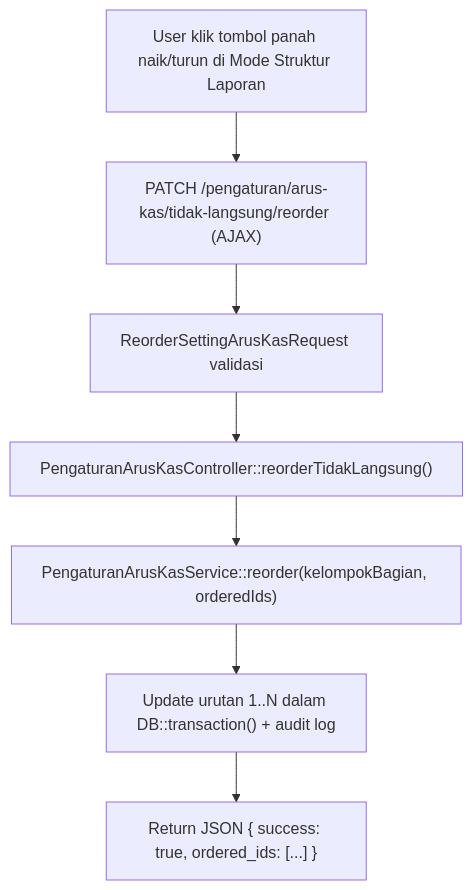
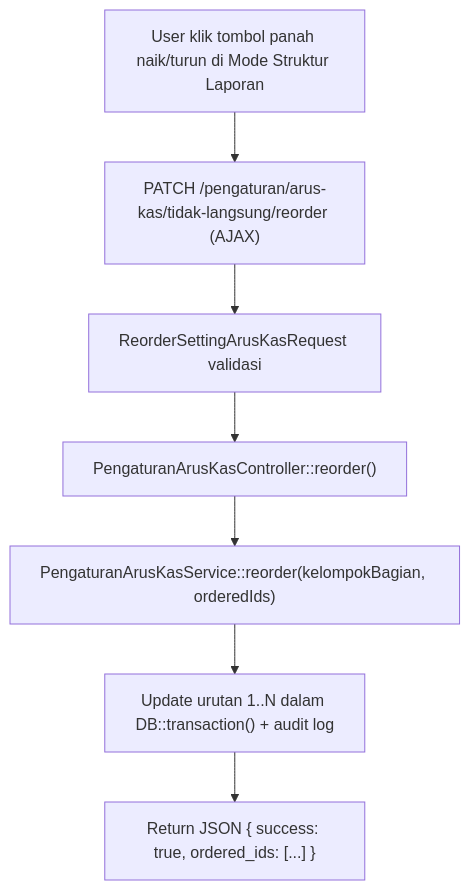
One commit to AltamaSidoarjo/laravel-siakurat-pt-smt changed the ninth of 9 diagrams in dokumentasi/pengaturan-arus-kas.md. Above: the diagram before and after it, drawn with Mermaid. The commit also changed other lines of this file and 4 other files, not shown here.

Commit message:
fix(arus-kas): address whole-branch review findings and polish UI & docs

````diff
--- a/dokumentasi/pengaturan-arus-kas.md
+++ b/dokumentasi/pengaturan-arus-kas.md
@@ -537,9 +541,9 @@
 ```mermaid
 flowchart TD
     A["User klik tombol panah naik/turun di Mode Struktur Laporan"] --> B["PATCH /pengaturan/arus-kas/tidak-langsung/reorder (AJAX)"]
     B --> C["ReorderSettingArusKasRequest validasi"]
-    C --> D["PengaturanArusKasController::reorderTidakLangsung()"]
+    C --> D["PengaturanArusKasController::reorder()"]
     D --> E["PengaturanArusKasService::reorder(kelompokBagian, orderedIds)"]
     E --> F["Update urutan 1..N dalam DB::transaction() + audit log"]
     F --> G["Return JSON { success: true, ordered_ids: [...] }"]
 ```
````
